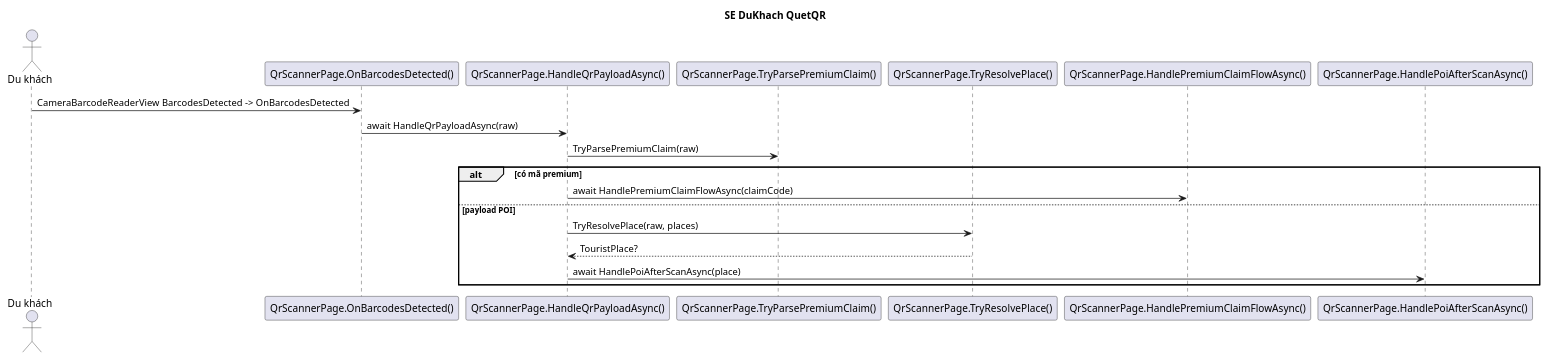
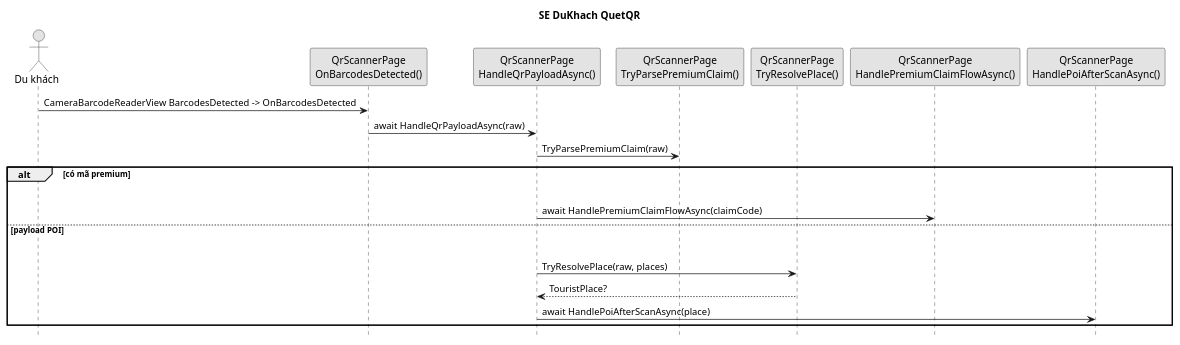
Before and after one commit to hoangtri22/TravelGuide: the diagram in PlanUML/SE DuKhach QuetQR.puml, drawn with PlantUML. The commit also changed 574 other files, not shown here.

```diff
--- a/PlanUML/SE DuKhach QuetQR.puml
+++ b/PlanUML/SE DuKhach QuetQR.puml
@@ -1,20 +1,27 @@
 @startuml
 title SE DuKhach QuetQR
+skinparam shadowing false
+skinparam monochrome true
+hide footbox
 actor "Du khách" as U
-participant "QrScannerPage.OnBarcodesDetected()" as DETECT
-participant "QrScannerPage.HandleQrPayloadAsync()" as HANDLE
-participant "QrScannerPage.TryParsePremiumClaim()" as CLAIM
-participant "QrScannerPage.TryResolvePlace()" as RESOLVE
-participant "QrScannerPage.HandlePremiumClaimFlowAsync()" as PREMIUM
-participant "QrScannerPage.HandlePoiAfterScanAsync()" as POI
+participant "QrScannerPage\nOnBarcodesDetected()" as DETECT
+participant "QrScannerPage\nHandleQrPayloadAsync()" as HANDLE
+participant "QrScannerPage\nTryParsePremiumClaim()" as CLAIM
+participant "QrScannerPage\nTryResolvePlace()" as RESOLVE
+participant "QrScannerPage\nHandlePremiumClaimFlowAsync()" as PREMIUM
+participant "QrScannerPage\nHandlePoiAfterScanAsync()" as POI
 U -> DETECT : CameraBarcodeReaderView BarcodesDetected -> OnBarcodesDetected
 DETECT -> HANDLE : await HandleQrPayloadAsync(raw)
 HANDLE -> CLAIM : TryParsePremiumClaim(raw)
 alt có mã premium
+  U -[hidden]-> DETECT
+  HANDLE -[hidden]-> POI
   HANDLE -> PREMIUM : await HandlePremiumClaimFlowAsync(claimCode)
 else payload POI
+  U -[hidden]-> DETECT
+  HANDLE -[hidden]-> POI
   HANDLE -> RESOLVE : TryResolvePlace(raw, places)
   RESOLVE --> HANDLE : TouristPlace?
   HANDLE -> POI : await HandlePoiAfterScanAsync(place)
 end
 @enduml
```
